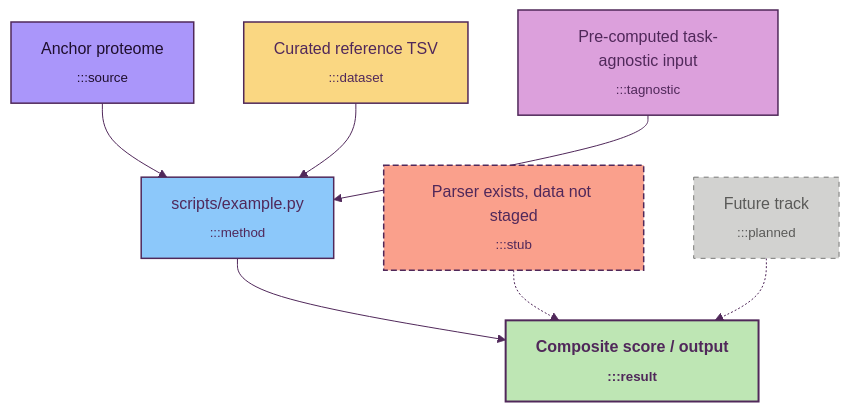
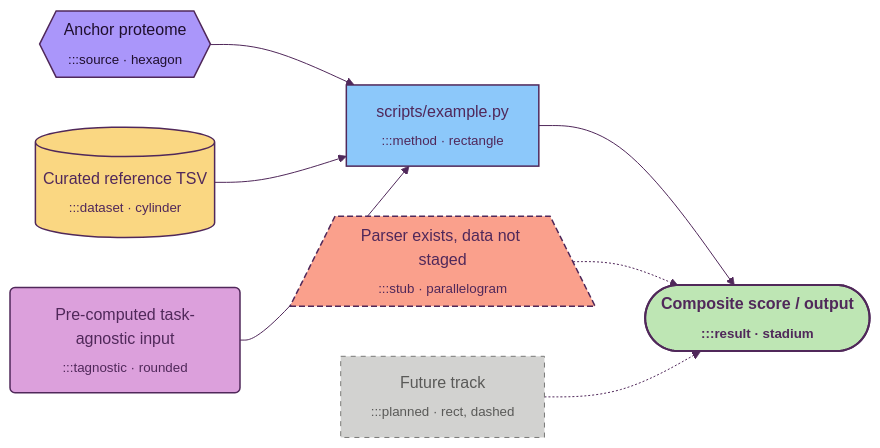
One commit to ersilia-os/gradi-target-prioritization changed the diagram in docs/mermaid_style.md. Above: the diagram before and after it, drawn with Mermaid. The commit also changed other lines of this file and 4 other files, not shown here.

Commit message:
diagramming

````diff
--- a/docs/mermaid_style.md
+++ b/docs/mermaid_style.md
@@ -55,26 +67,26 @@
 ```mermaid
 %%{init: {'theme':'base','themeVariables':{'primaryColor':'#FAD782','primaryBorderColor':'#50285A','primaryTextColor':'#50285A','lineColor':'#50285A','secondaryColor':'#8CC8FA','tertiaryColor':'#BEE6B4','fontFamily':'Inter, system-ui, sans-serif'}}}%%
-flowchart TD
+flowchart LR
     classDef source    fill:#AA96FA,stroke:#50285A,stroke-width:1.5px,color:#1F0F2E
     classDef dataset   fill:#FAD782,stroke:#50285A,stroke-width:1.5px,color:#50285A
     classDef method    fill:#8CC8FA,stroke:#50285A,stroke-width:1.5px,color:#50285A
     classDef result    fill:#BEE6B4,stroke:#50285A,stroke-width:2px,color:#50285A,font-weight:bold
     classDef tagnostic fill:#DCA0DC,stroke:#50285A,stroke-width:1.5px,color:#50285A
     classDef stub      fill:#FAA08C,stroke:#50285A,stroke-width:1.5px,stroke-dasharray:6 3,color:#50285A
     classDef planned   fill:#D2D2D0,stroke:#7A7A78,stroke-width:1px,stroke-dasharray:5 5,color:#5A5A58
 
-    SRC["Anchor proteome<br/><sub>:::source</sub>"]:::source
-    DS["Curated reference TSV<br/><sub>:::dataset</sub>"]:::dataset
-    TA["Pre-computed task-agnostic input<br/><sub>:::tagnostic</sub>"]:::tagnostic
-    M["scripts/example.py<br/><sub>:::method</sub>"]:::method
-    STUB["Parser exists, data not staged<br/><sub>:::stub</sub>"]:::stub
-    PL["Future track<br/><sub>:::planned</sub>"]:::planned
-    R["Composite score / output<br/><sub>:::result</sub>"]:::result
+    SRC{{"Anchor proteome<br/><sub>:::source · hexagon</sub>"}}:::source
+    DS[("Curated reference TSV<br/><sub>:::dataset · cylinder</sub>")]:::dataset
+    TA("Pre-computed task-agnostic input<br/><sub>:::tagnostic · rounded</sub>"):::tagnostic
+    M["scripts/example.py<br/><sub>:::method · rectangle</sub>"]:::method
+    STUB[/"Parser exists, data not staged<br/><sub>:::stub · parallelogram</sub>"\]:::stub
+    PL["Future track<br/><sub>:::planned · rect, dashed</sub>"]:::planned
+    R(["Composite score / output<br/><sub>:::result · stadium</sub>"]):::result
 
     SRC --> M
     DS  --> M
     TA  --> M
     M   --> R
     STUB -.-> R
     PL  -.-> R
 ```
````
